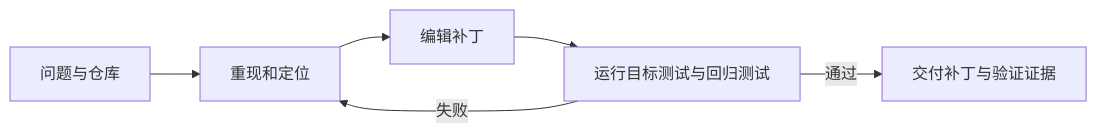
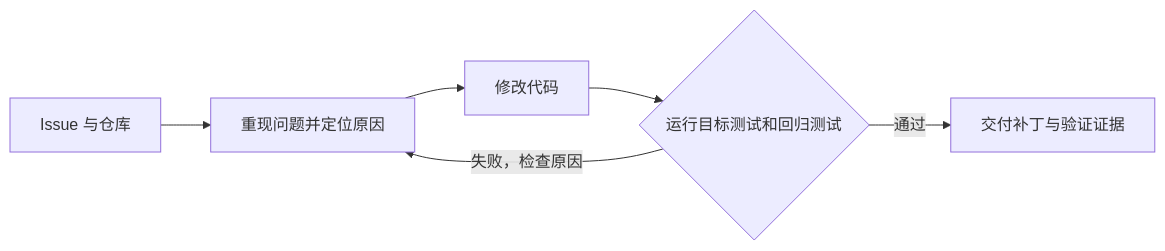
Before and after one commit to RoyceChase/cmu-ai-agents-study: the diagram in lessons/3b-coding-agents/notes.md, drawn with Mermaid. The commit also changed other lines of this file and 14 other files, not shown here.

````diff
--- a/lessons/3b-coding-agents/notes.md
+++ b/lessons/3b-coding-agents/notes.md
@@ -337,8 +100,8 @@
 ```mermaid
 flowchart LR
-    I[问题与仓库] --> L[重现和定位]
-    L --> E[编辑补丁]
-    E --> T[运行目标测试与回归测试]
-    T -->|失败| L
-    T -->|通过| R[交付补丁与验证证据]
+    I[Issue 与仓库] --> L[重现问题并定位原因]
+    L --> E[修改代码]
+    E --> T{运行目标测试和回归测试}
+    T -->|失败，检查原因| L
+    T -->|通过| P[交付补丁与验证证据]
 ```
````
